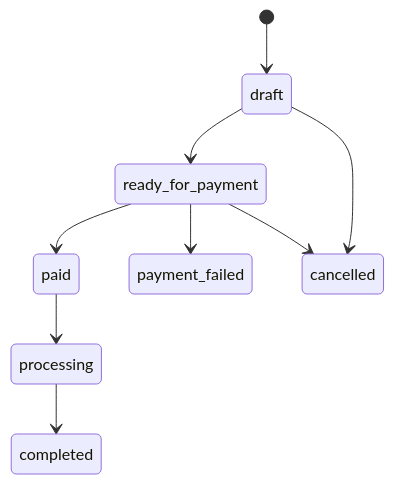
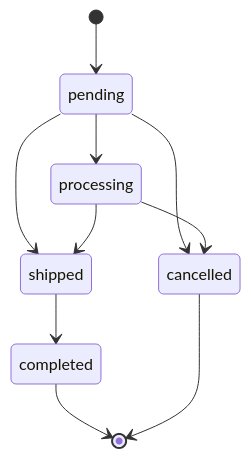
Before and after one commit to baxela-hq/baxela-docs: the first of 2 diagrams in docs/architecture/flows/order-state-machine.md, drawn with Mermaid. The commit also changed other lines of this file and 3 other files, not shown here.

Commit message:
fix(architecture): align order flow and events with the backend

````diff
--- a/docs/architecture/flows/order-state-machine.md
+++ b/docs/architecture/flows/order-state-machine.md
@@ -11,14 +12,16 @@
 ```mermaid
 stateDiagram-v2
-    [*] --> draft
+    [*] --> pending
 
-    draft --> ready_for_payment
-    ready_for_payment --> paid
-    ready_for_payment --> payment_failed
+    pending --> processing
+    pending --> shipped
+    pending --> cancelled
 
-    paid --> processing
-    processing --> completed
+    processing --> shipped
+    processing --> cancelled
 
-    draft --> cancelled
-    ready_for_payment --> cancelled
+    shipped --> completed
+
+    completed --> [*]
+    cancelled --> [*]
 ```
````
